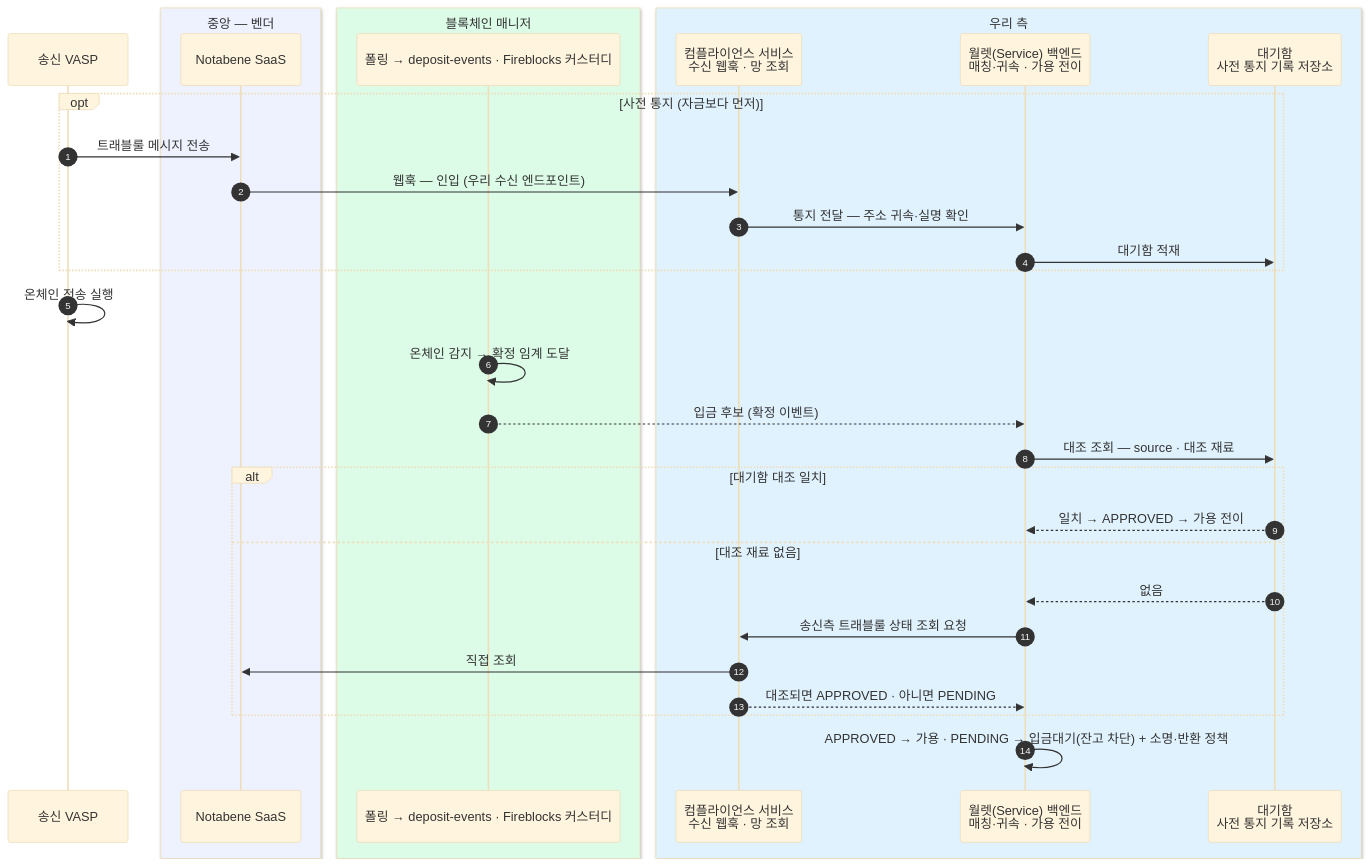
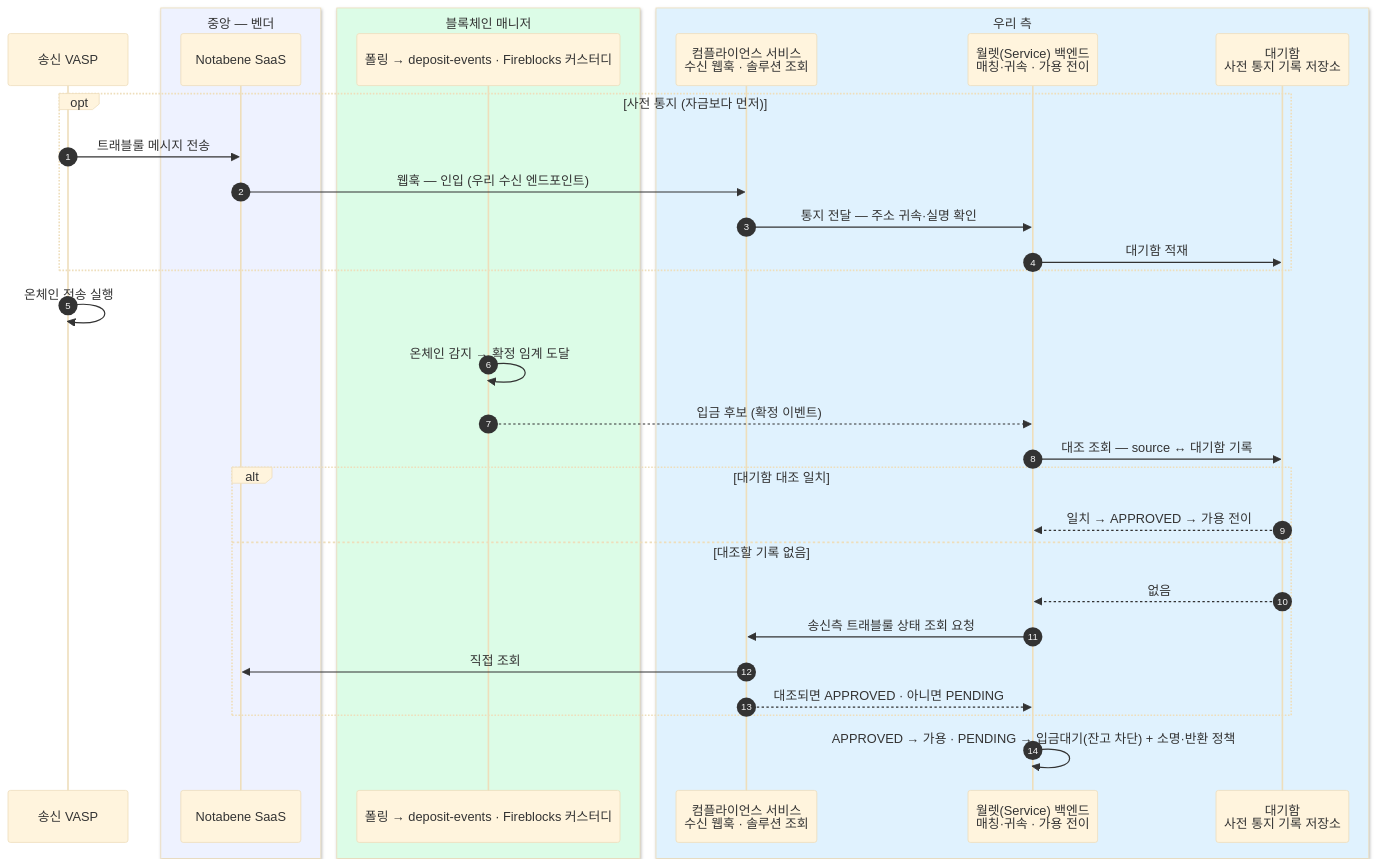
Before and after one commit to eunsujeo/eunpus: the seventh of 11 diagrams in blockchain-manager/docs/트래블룰/설계/07-scenarios.md, drawn with Mermaid (base theme). The commit also changed other lines of this file and 26 other files, not shown here.

````diff
--- a/blockchain-manager/docs/트래블룰/설계/07-scenarios.md
+++ b/blockchain-manager/docs/트래블룰/설계/07-scenarios.md
@@ -319,36 +319,36 @@
 ```mermaid
 sequenceDiagram
     autonumber
     participant SV as 송신 VASP
     box rgb(238,242,255) 중앙 — 벤더
     participant NB as Notabene SaaS
     end
     box rgb(220,252,231) 블록체인 매니저
     participant BM as 폴링 → deposit-events · Fireblocks 커스터디
     end
     box rgb(224,242,254) 우리 측
-    participant GT as 컴플라이언스 서비스<br/>수신 웹훅 · 망 조회
+    participant GT as 컴플라이언스 서비스<br/>수신 웹훅 · 솔루션 조회
     participant BE as 월렛(Service) 백엔드<br/>매칭·귀속 · 가용 전이
     participant WQ as 대기함<br/>사전 통지 기록 저장소
     end
 
     opt 사전 통지 (자금보다 먼저)
         SV->>NB: 트래블룰 메시지 전송
         NB->>GT: 웹훅 — 인입 (우리 수신 엔드포인트)
         GT->>BE: 통지 전달 — 주소 귀속·실명 확인
         BE->>WQ: 대기함 적재
     end
     SV->>SV: 온체인 전송 실행
     BM->>BM: 온체인 감지 → 확정 임계 도달
     BM-->>BE: 입금 후보 (확정 이벤트)
-    BE->>WQ: 대조 조회 — source · 대조 재료
+    BE->>WQ: 대조 조회 — source ↔ 대기함 기록
     alt 대기함 대조 일치
         WQ-->>BE: 일치 → APPROVED → 가용 전이
-    else 대조 재료 없음
+    else 대조할 기록 없음
         WQ-->>BE: 없음
         BE->>GT: 송신측 트래블룰 상태 조회 요청
         GT->>NB: 직접 조회
         GT-->>BE: 대조되면 APPROVED · 아니면 PENDING
     end
     BE->>BE: APPROVED → 가용 · PENDING → 입금대기(잔고 차단) + 소명·반환 정책
 ```
````
